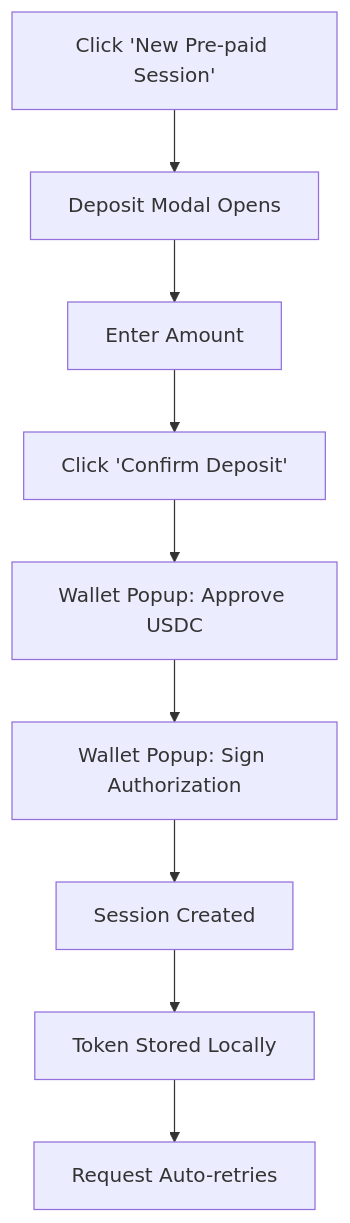
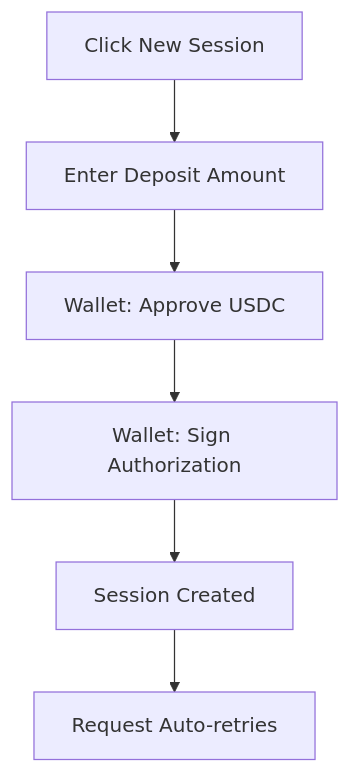
The fourth of 5 diagrams in marketplace/playground.mdx (Agentokratia/docs), drawn with Mermaid before and after one commit. The commit also changed other lines of this file and 6 other files, not shown here.

````diff
--- a/marketplace/playground.mdx
+++ b/marketplace/playground.mdx
@@ -200,11 +139,8 @@
 ```mermaid
 flowchart TB
-    A[Click 'New Pre-paid Session'] --> B[Deposit Modal Opens]
-    B --> C[Enter Amount]
-    C --> D[Click 'Confirm Deposit']
-    D --> E[Wallet Popup: Approve USDC]
-    E --> F[Wallet Popup: Sign Authorization]
-    F --> G[Session Created]
-    G --> H[Token Stored Locally]
-    H --> I[Request Auto-retries]
+    A[Click New Session] --> B[Enter Deposit Amount]
+    B --> C[Wallet: Approve USDC]
+    C --> D[Wallet: Sign Authorization]
+    D --> E[Session Created]
+    E --> F[Request Auto-retries]
 ```
````
